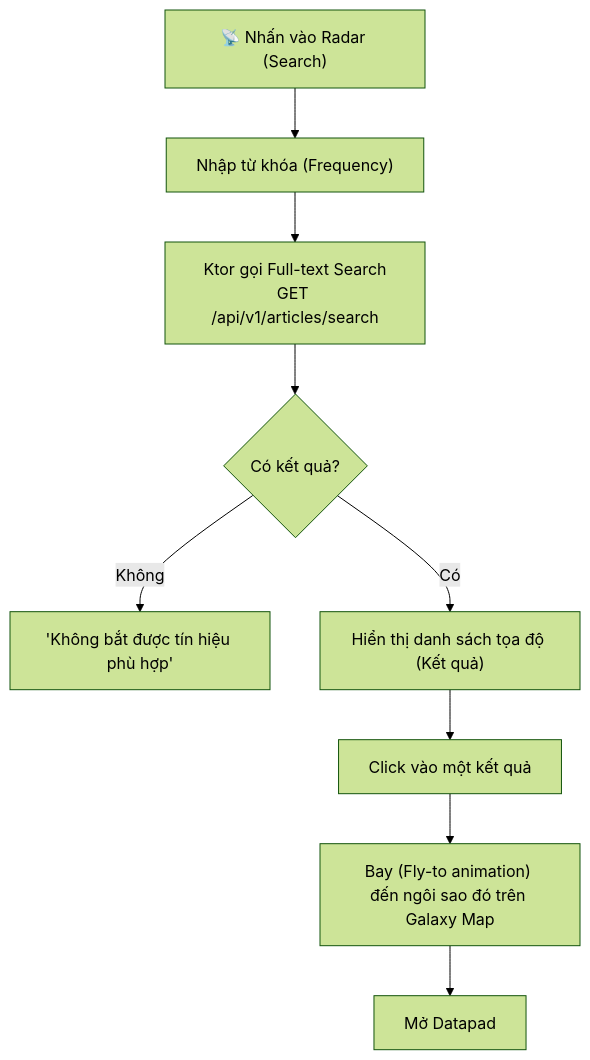
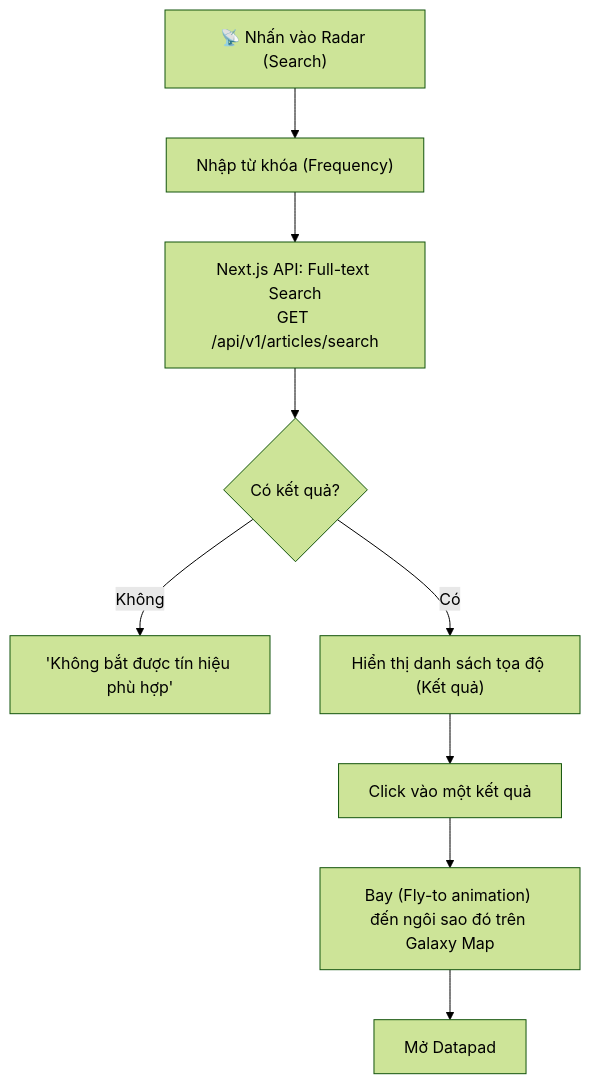
Before and after one commit to iAmHieu2012/Sequoia: the third of 5 diagrams in docs/analysis/user-flows.md, drawn with Mermaid (forest theme). The commit also changed other lines of this file and 14 other files, not shown here.

````diff
--- a/docs/analysis/user-flows.md
+++ b/docs/analysis/user-flows.md
@@ -68,13 +68,13 @@
 ```mermaid
 flowchart TD
     A["📡 Nhấn vào Radar (Search)"] --> B["Nhập từ khóa (Frequency)"]
-    B --> C["Ktor gọi Full-text Search<br/>GET /api/v1/articles/search"]
+    B --> C["Next.js API: Full-text Search<br/>GET /api/v1/articles/search"]
     C --> D{"Có kết quả?"}
     
     D -->|"Không"| E["'Không bắt được tín hiệu phù hợp'"]
     D -->|"Có"| F["Hiển thị danh sách tọa độ (Kết quả)"]
     
     F --> G["Click vào một kết quả"]
     G --> H["Bay (Fly-to animation) đến ngôi sao đó trên Galaxy Map"]
     H --> I["Mở Datapad"]
 ```
````
